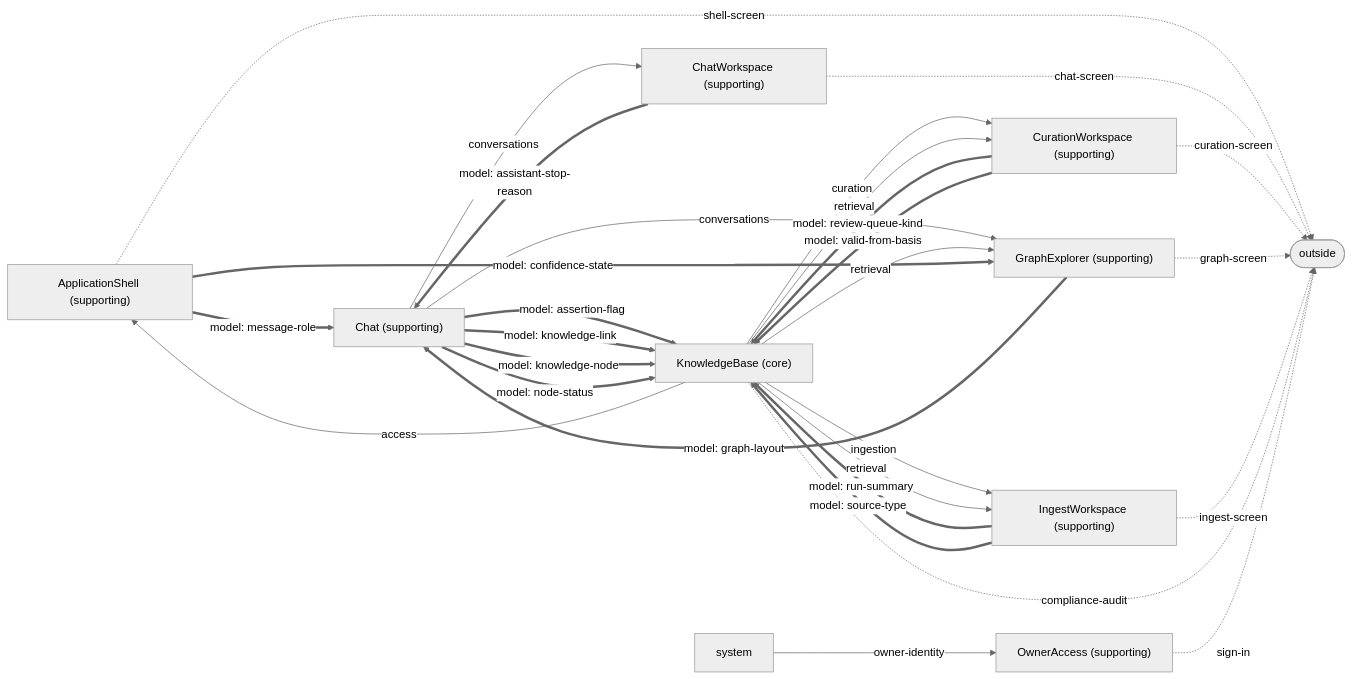
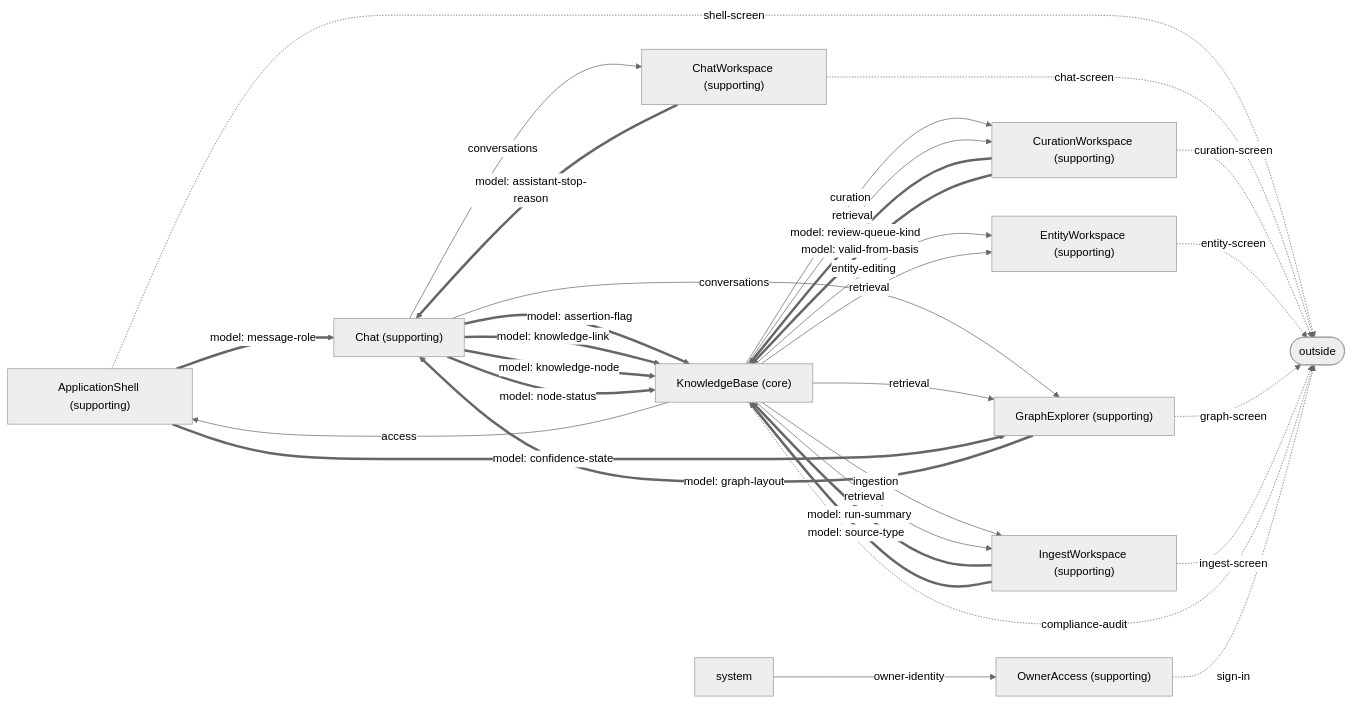
The diagram in specification/projections/context-map.mmd (zig999/remember), drawn with Mermaid (neutral theme) before and after one commit. The commit also changed 124 other files, not shown here.

First line of the commit message:
analyse entity-editing: specify the owner's entity edit (knowledge-base and entity-workspace)

```diff
--- a/specification/projections/context-map.mmd
+++ b/specification/projections/context-map.mmd
@@ -1,57 +1,68 @@
 flowchart LR
     application_shell["ApplicationShell (supporting)"]
     chat["Chat (supporting)"]
     chat_workspace["ChatWorkspace (supporting)"]
     curation_workspace["CurationWorkspace (supporting)"]
+    entity_workspace["EntityWorkspace (supporting)"]
     graph_explorer["GraphExplorer (supporting)"]
     ingest_workspace["IngestWorkspace (supporting)"]
     knowledge_base["KnowledgeBase (core)"]
     owner_access["OwnerAccess (supporting)"]
     chat -->|conversations| chat_workspace
     chat -->|conversations| graph_explorer
     knowledge_base -->|access| application_shell
     knowledge_base -->|curation| curation_workspace
     knowledge_base -->|retrieval| curation_workspace
+    knowledge_base -->|entity-editing| entity_workspace
+    knowledge_base -->|retrieval| entity_workspace
     knowledge_base -->|retrieval| graph_explorer
     knowledge_base -->|ingestion| ingest_workspace
     knowledge_base -->|retrieval| ingest_workspace
     system -->|owner-identity| owner_access
     application_shell ==>|model: message-role| chat
     application_shell ==>|model: confidence-state| graph_explorer
     chat ==>|model: assertion-flag| knowledge_base
     chat ==>|model: knowledge-link| knowledge_base
     chat ==>|model: knowledge-node| knowledge_base
     chat ==>|model: node-status| knowledge_base
     chat_workspace ==>|model: assistant-stop-reason| chat
     curation_workspace ==>|model: review-queue-kind| knowledge_base
     curation_workspace ==>|model: valid-from-basis| knowledge_base
     graph_explorer ==>|model: graph-layout| chat
     ingest_workspace ==>|model: run-summary| knowledge_base
     ingest_workspace ==>|model: source-type| knowledge_base
     outside(["outside"])
     application_shell -.->|shell-screen| outside
     chat_workspace -.->|chat-screen| outside
     curation_workspace -.->|curation-screen| outside
+    entity_workspace -.->|entity-screen| outside
     graph_explorer -.->|graph-screen| outside
     ingest_workspace -.->|ingest-screen| outside
     knowledge_base -.->|compliance-audit| outside
     owner_access -.->|sign-in| outside
     %% separate ways: application-shell and chat-workspace share no contract and no model
     %% separate ways: application-shell and curation-workspace share no contract and no model
+    %% separate ways: application-shell and entity-workspace share no contract and no model
     %% separate ways: application-shell and ingest-workspace share no contract and no model
     %% separate ways: application-shell and owner-access share no contract and no model
     %% separate ways: chat and curation-workspace share no contract and no model
+    %% separate ways: chat and entity-workspace share no contract and no model
     %% separate ways: chat and ingest-workspace share no contract and no model
     %% separate ways: chat and owner-access share no contract and no model
     %% separate ways: chat-workspace and curation-workspace share no contract and no model
+    %% separate ways: chat-workspace and entity-workspace share no contract and no model
     %% separate ways: chat-workspace and graph-explorer share no contract and no model
     %% separate ways: chat-workspace and ingest-workspace share no contract and no model
     %% separate ways: chat-workspace and knowledge-base share no contract and no model
     %% separate ways: chat-workspace and owner-access share no contract and no model
+    %% separate ways: curation-workspace and entity-workspace share no contract and no model
     %% separate ways: curation-workspace and graph-explorer share no contract and no model
     %% separate ways: curation-workspace and ingest-workspace share no contract and no model
     %% separate ways: curation-workspace and owner-access share no contract and no model
+    %% separate ways: entity-workspace and graph-explorer share no contract and no model
+    %% separate ways: entity-workspace and ingest-workspace share no contract and no model
+    %% separate ways: entity-workspace and owner-access share no contract and no model
     %% separate ways: graph-explorer and ingest-workspace share no contract and no model
     %% separate ways: graph-explorer and owner-access share no contract and no model
     %% separate ways: ingest-workspace and owner-access share no contract and no model
     %% separate ways: knowledge-base and owner-access share no contract and no model
```
